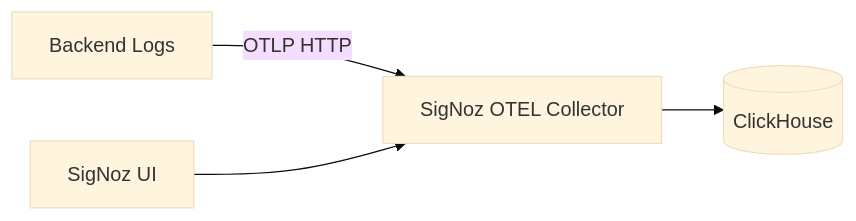
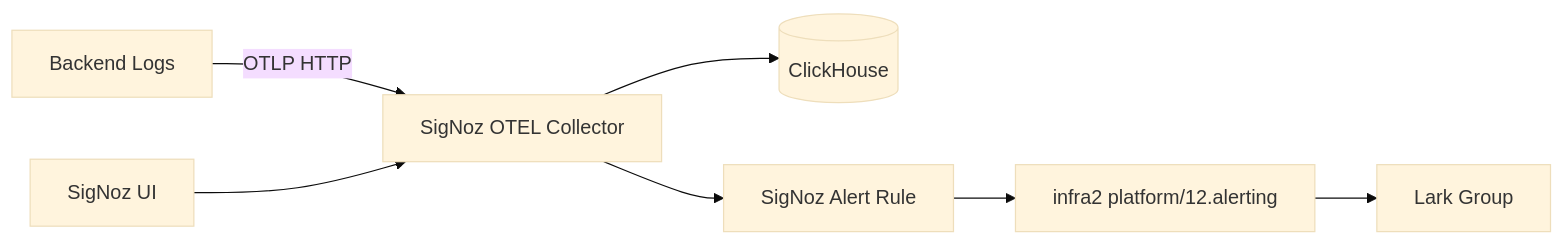
One commit to wangzitian0/finance_report changed the diagram in docs/ssot/observability.md. Above: the diagram before and after it, drawn with Mermaid (base theme). The commit also changed other lines of this file and 16 other files, not shown here.

````diff
--- a/docs/ssot/observability.md
+++ b/docs/ssot/observability.md
@@ -21,6 +22,9 @@
 ```mermaid
 flowchart LR
     Backend[Backend Logs] -->|OTLP HTTP| Collector[SigNoz OTEL Collector]
     Collector --> ClickHouse[(ClickHouse)]
     UI[SigNoz UI] --> Collector
+    Collector --> Alerts[SigNoz Alert Rule]
+    Alerts --> Bridge[infra2 platform/12.alerting]
+    Bridge --> Lark[Lark Group]
 ```
````
